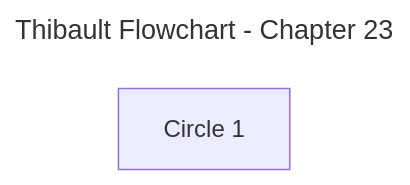
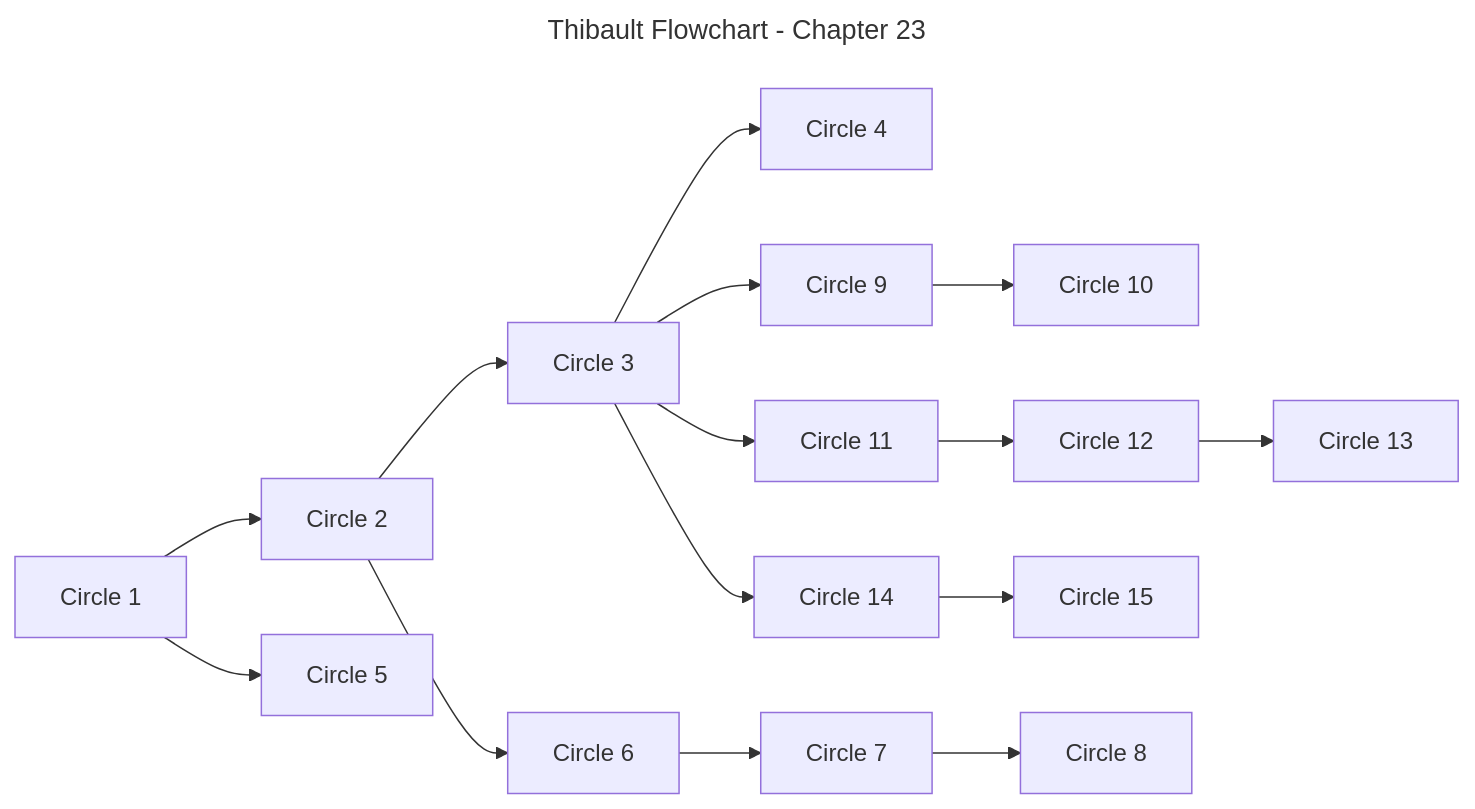
One commit to aquesnel/thibault-flowchart changed the diagram in flowchart-per-chapter/chapter-23.mmd. Above: the diagram before and after it, drawn with Mermaid.

Commit message:
feat(ch23): initial flowchart of the circles

```diff
--- a/flowchart-per-chapter/chapter-23.mmd
+++ b/flowchart-per-chapter/chapter-23.mmd
@@ -1,10 +1,40 @@
 ---
 title: Thibault Flowchart - Chapter 23
 config:
   layout: dagre
   flowchart:
     htmlLabels: false
 ---
 flowchart LR
 	%% Nodes
 	B1_T23_C01["Circle 1"]
+	B1_T23_C02["Circle 2"]
+	B1_T23_C03["Circle 3"]
+	B1_T23_C04["Circle 4"]
+	B1_T23_C05["Circle 5"]
+	B1_T23_C06["Circle 6"]
+	B1_T23_C07["Circle 7"]
+	B1_T23_C08["Circle 8"]
+	B1_T23_C09["Circle 9"]
+	B1_T23_C10["Circle 10"]
+	B1_T23_C11["Circle 11"]
+	B1_T23_C12["Circle 12"]
+	B1_T23_C13["Circle 13"]
+	B1_T23_C14["Circle 14"]
+	B1_T23_C15["Circle 15"]
+
+	%% Edges
+	B1_T23_C01 --> B1_T23_C02
+	B1_T23_C02 --> B1_T23_C03
+	B1_T23_C03 --> B1_T23_C04
+	B1_T23_C01 --> B1_T23_C05
+	B1_T23_C02 --> B1_T23_C06
+	B1_T23_C06 --> B1_T23_C07
+	B1_T23_C07 --> B1_T23_C08
+	B1_T23_C03 --> B1_T23_C09
+	B1_T23_C09 --> B1_T23_C10
+	B1_T23_C03 --> B1_T23_C11
+	B1_T23_C11 --> B1_T23_C12
+	B1_T23_C12 --> B1_T23_C13
+	B1_T23_C03 --> B1_T23_C14
+	B1_T23_C14 --> B1_T23_C15
```
